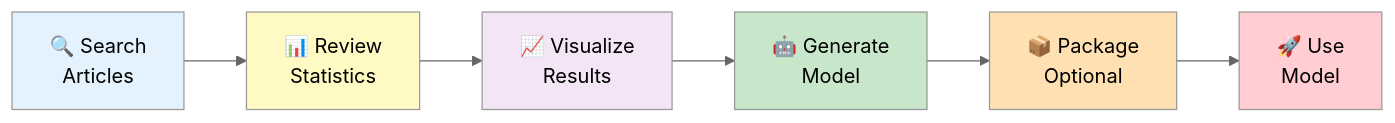
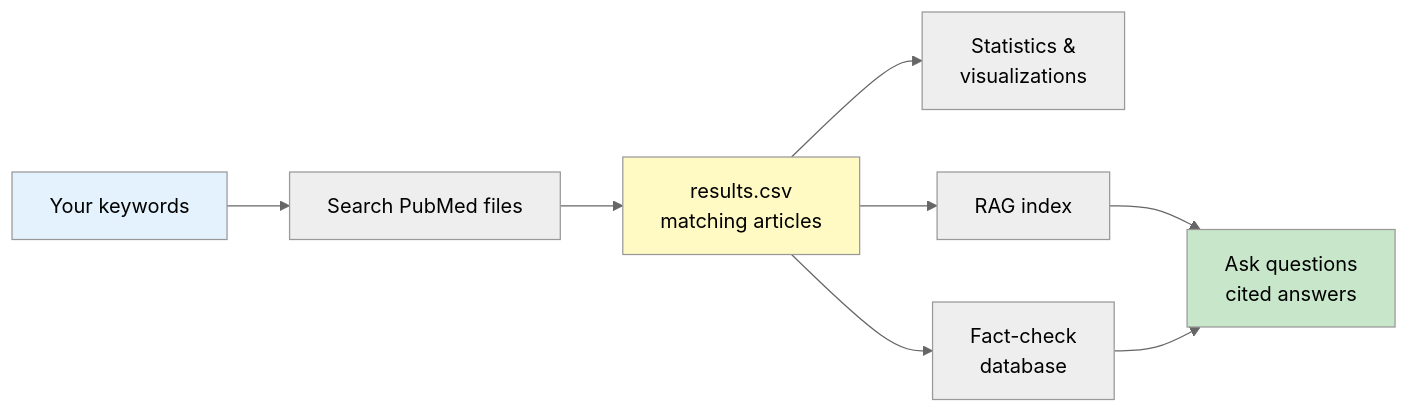
Before and after one commit to developmentAC/curalit: the diagram in docs/quarto/presentation/curalit_presentation.qmd, drawn with Mermaid (neutral theme). The commit also changed other lines of this file and 4 other files, not shown here.

````diff
--- a/docs/quarto/presentation/curalit_presentation.qmd
+++ b/docs/quarto/presentation/curalit_presentation.qmd
@@ -295,17 +81,15 @@
 ```{mermaid}
-%%| fig-width: 10
-%%| fig-height: 5
+%%| fig-width: 11
+%%| fig-height: 3.5
 graph LR
-    A[🔍 Search<br/>Articles] --> B[📊 Review<br/>Statistics]
-    B --> C[📈 Visualize<br/>Results]
-    C --> D[🤖 Generate<br/>Model]
-    D --> E[📦 Package<br/>Optional]
-    E --> F[🚀 Use<br/>Model]
-    
+    A[Your keywords] --> B[Search PubMed files]
+    B --> C[results.csv<br/>matching articles]
+    C --> D[Statistics &<br/>visualizations]
+    C --> E[Fact-check<br/>database]
+    C --> F[RAG index]
+    F --> G[Ask questions<br/>cited answers]
+    E --> G
     style A fill:#e3f2fd
-    style B fill:#fff9c4
-    style C fill:#f3e5f5
-    style D fill:#c8e6c9
-    style E fill:#ffe0b2
-    style F fill:#ffcdd2
+    style C fill:#fff9c4
+    style G fill:#c8e6c9
 ```
````
